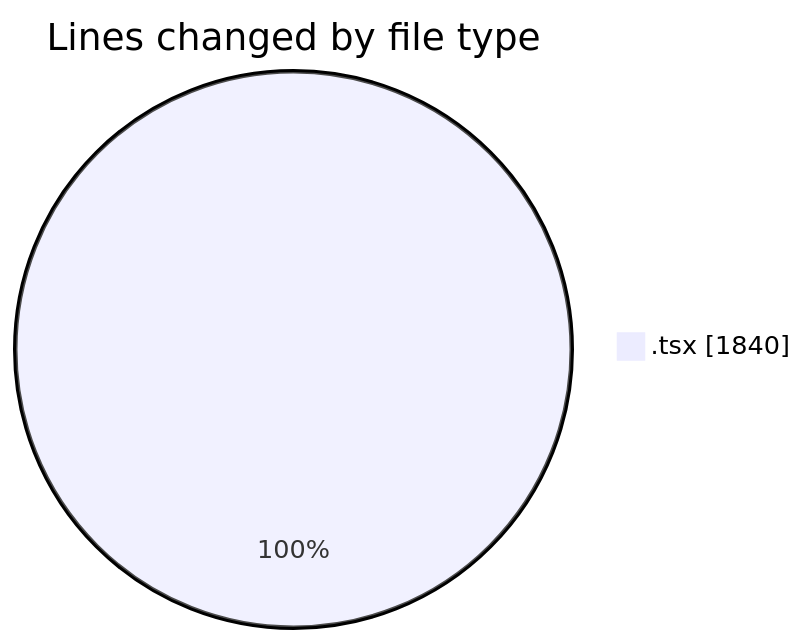
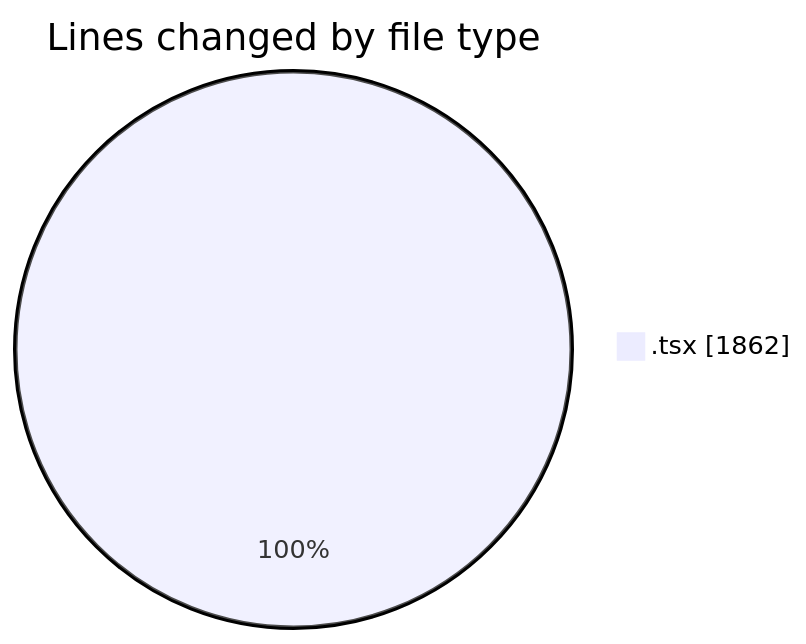
One commit to momahboobian/code-tracking changed the first of 2 diagrams in 2026-08-06/cda/README.md. Above: the diagram before and after it, drawn with Mermaid. The commit also changed other lines of this file and 1 other file, not shown here.

````diff
--- a/2026-08-06/cda/README.md
+++ b/2026-08-06/cda/README.md
@@ -26,5 +26,5 @@
 ```mermaid
 pie showData
 title Lines changed by file type
-".tsx" : 1840
+".tsx" : 1862
 ```
````
